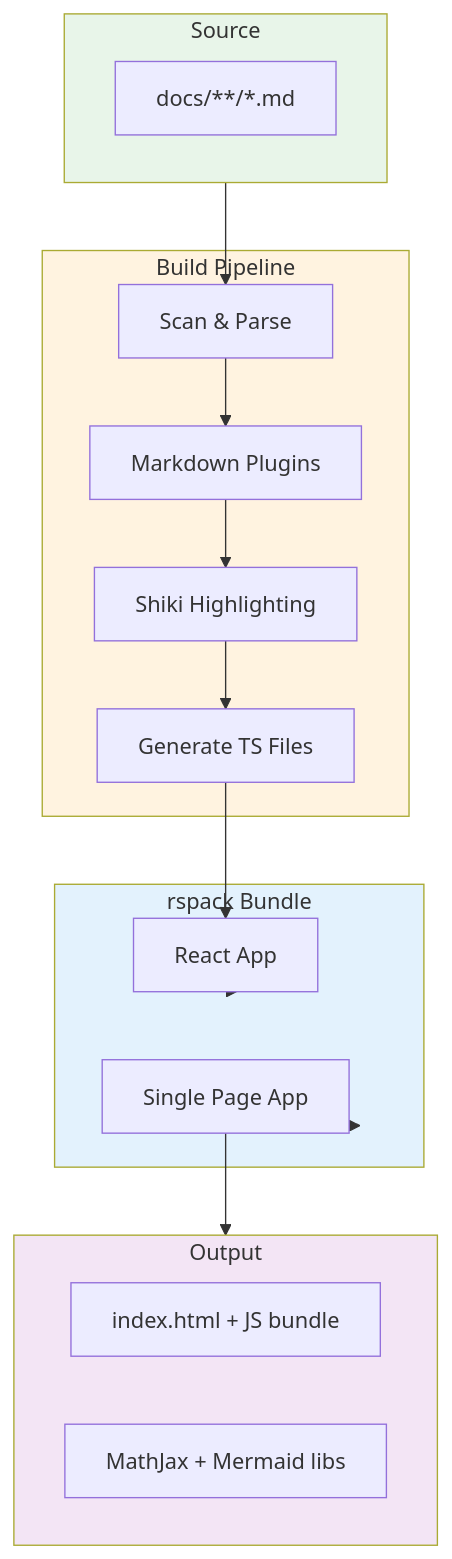
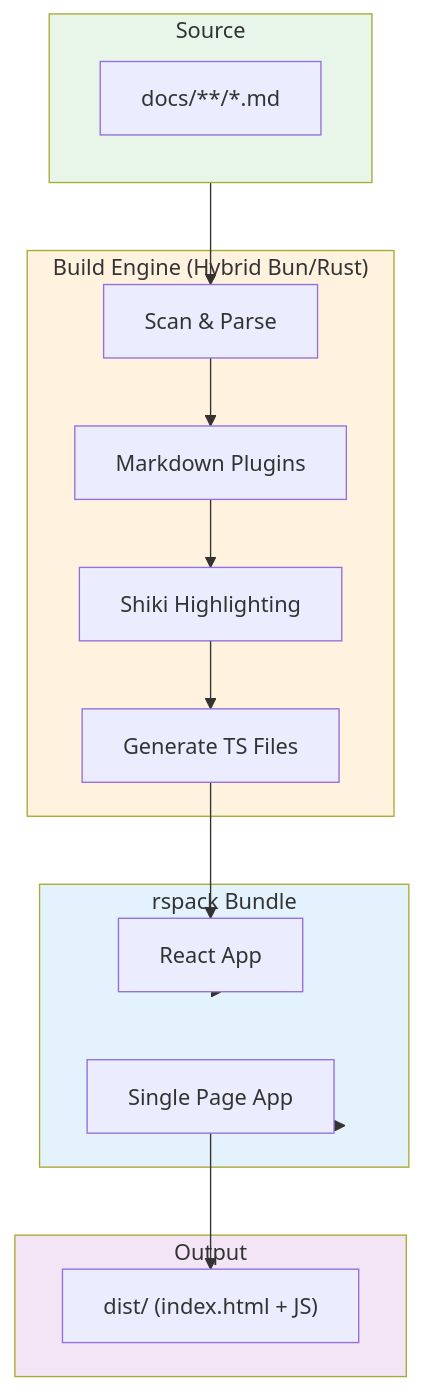
The diagram in docs/00-welcome.md (naranyala/naravisuals-web), drawn with Mermaid before and after one commit. The commit also changed other lines of this file and 44 other files, not shown here.

````diff
--- a/docs/00-welcome.md
+++ b/docs/00-welcome.md
@@ -80,37 +50,36 @@
 ```mermaid:desc=High-level architecture showing the build pipeline from markdown source to final SPA.
 flowchart TB
     subgraph Source
         MD["docs/**/*.md"]
     end
 
-    subgraph Build["Build Pipeline"]
+    subgraph Build["Build Engine (Hybrid Bun/Rust)"]
         Scan["Scan & Parse"]
         Plugins["Markdown Plugins"]
         Shiki["Shiki Highlighting"]
         Generate["Generate TS Files"]
     end
 
     subgraph Bundle["rspack Bundle"]
         React["React App"]
         SPA["Single Page App"]
     end
 
     subgraph Output
-        HTML["index.html + JS bundle"]
-        Assets["MathJax + Mermaid libs"]
+        Final["dist/ (index.html + JS)"]
     end
 
     Source --> Scan
     Scan --> Plugins
     Plugins --> Shiki
     Shiki --> Generate
     Generate --> React
     React --> Bundle
     Bundle --> SPA
-    SPA --> Output
+    SPA --> Final
 
     style Source fill:#e8f5e9
     style Build fill:#fff3e0
     style Bundle fill:#e3f2fd
     style Output fill:#f3e5f5
 ```
````
